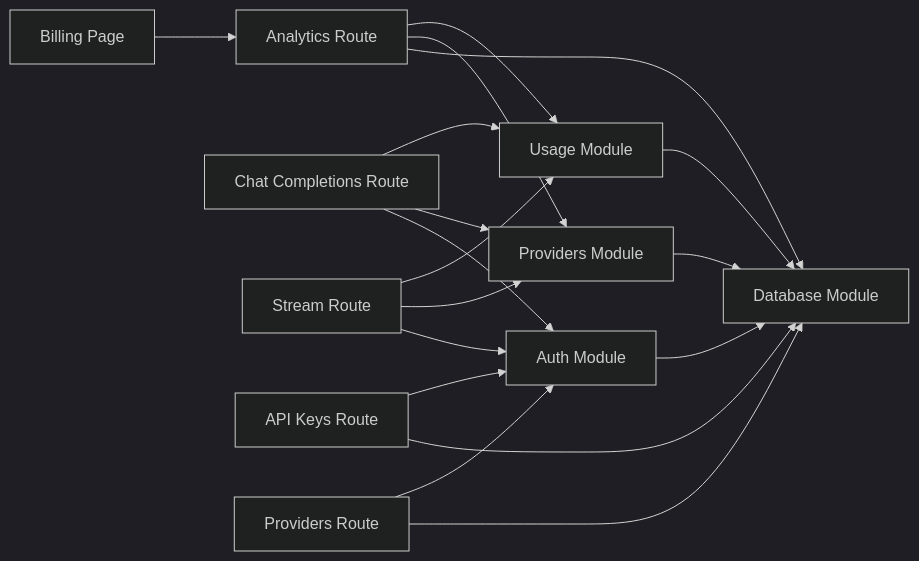
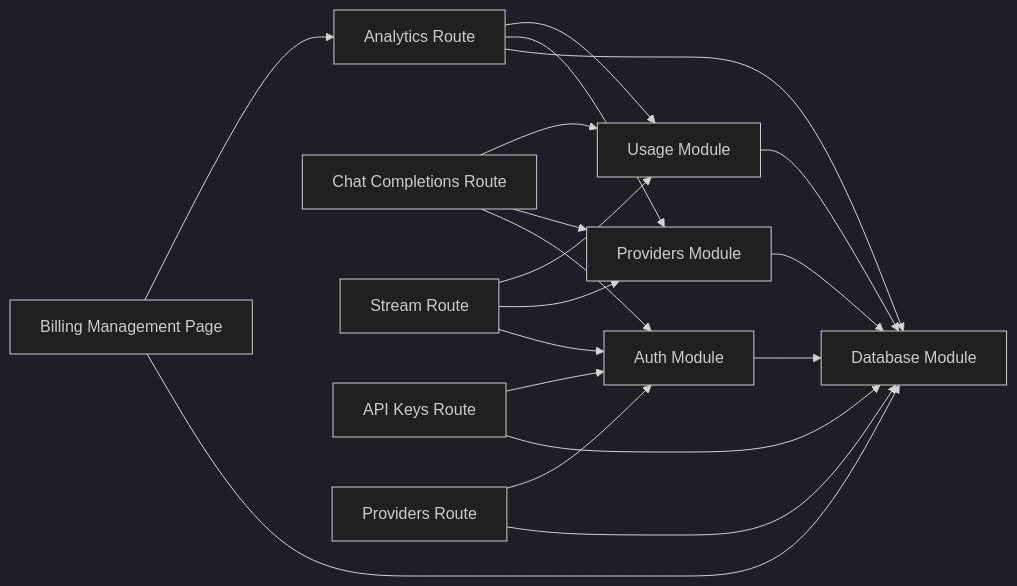
The fourth of 4 diagrams in .qoder/repowiki/en/content/Dashboard Features/Billing & Cost Management.md (HassanAmeer/cheaprouter), drawn with Mermaid (dark theme) before and after one commit. The commit also changed other lines of this file and 54 other files, not shown here.

````diff
--- a/.qoder/repowiki/en/content/Dashboard Features/Billing & Cost Management.md
+++ b/.qoder/repowiki/en/content/Dashboard Features/Billing & Cost Management.md
@@ -390,20 +457,21 @@
 ```mermaid
 graph LR
 Usage["Usage Module"] --> DB["Database Module"]
 Providers["Providers Module"] --> DB
 Auth["Auth Module"] --> DB
 Analytics["Analytics Route"] --> Usage
 Analytics --> Providers
 Analytics --> DB
-BillingUI["Billing Page"] --> Analytics
+BillingUI["Billing Management Page"] --> Analytics
+BillingUI --> DB
 ChatAPI["Chat Completions Route"] --> Usage
 ChatAPI --> Providers
 ChatAPI --> Auth
 StreamAPI["Stream Route"] --> Usage
 StreamAPI --> Providers
 StreamAPI --> Auth
 KeysAPI["API Keys Route"] --> Auth
 KeysAPI --> DB
 ProvidersAPI["Providers Route"] --> Auth
 ProvidersAPI --> DB
 ```
````
